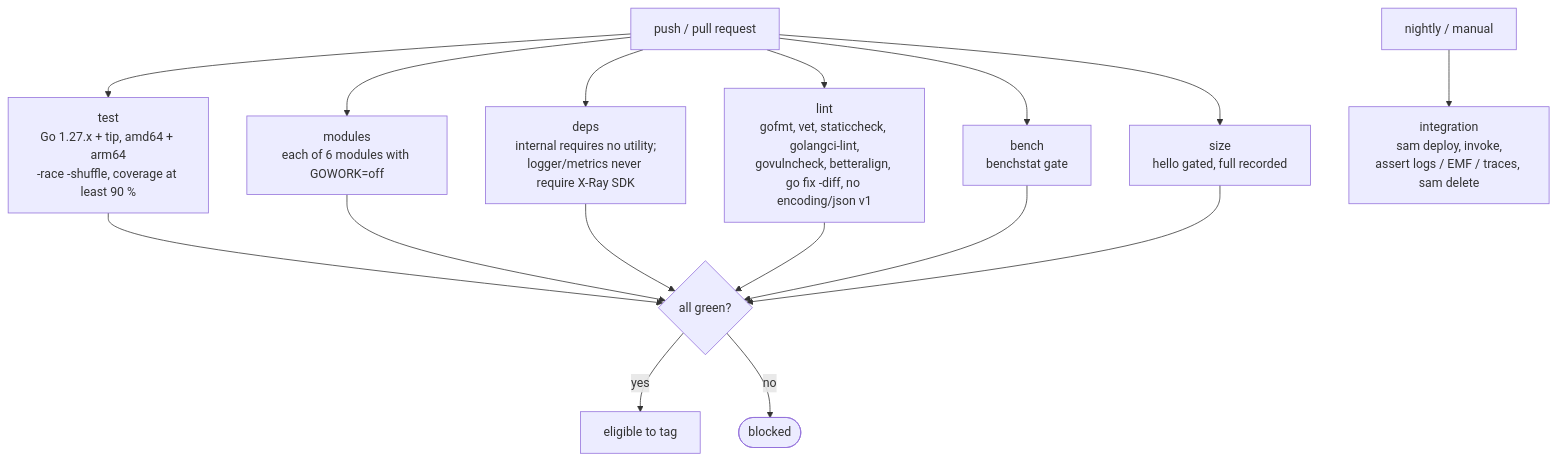
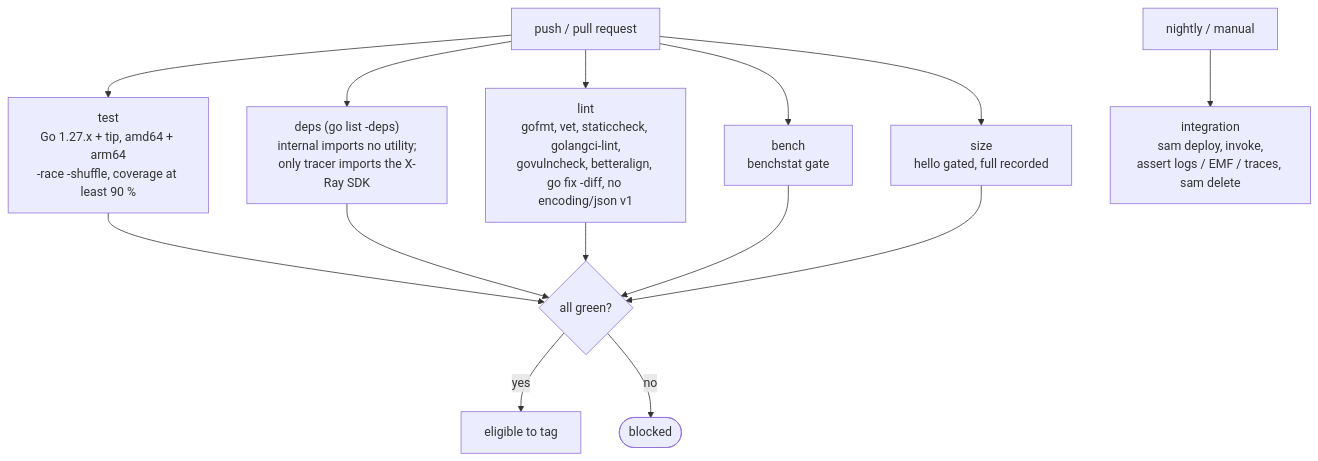
The first of 2 diagrams in 06-testing-and-ci.md (christiangda/powertools-lambda-go-plan), drawn with Mermaid before and after one commit. The commit also changed other lines of this file and 9 other files, not shown here.

````diff
--- a/06-testing-and-ci.md
+++ b/06-testing-and-ci.md
@@ -74,13 +74,12 @@
 ```mermaid
 flowchart TB
   push["push / pull request"] --> test["test<br/>Go 1.27.x + tip, amd64 + arm64<br/>-race -shuffle, coverage at least 90 %"]
-  push --> modules["modules<br/>each of 6 modules with GOWORK=off"]
-  push --> deps["deps<br/>internal requires no utility;<br/>logger/metrics never require X-Ray SDK"]
+  push --> deps["deps (go list -deps)<br/>internal imports no utility;<br/>only tracer imports the X-Ray SDK"]
   push --> lint["lint<br/>gofmt, vet, staticcheck, golangci-lint,<br/>govulncheck, betteralign, go fix -diff, no encoding/json v1"]
   push --> bench["bench<br/>benchstat gate"]
   push --> size["size<br/>hello gated, full recorded"]
   nightly["nightly / manual"] --> integ["integration<br/>sam deploy, invoke,<br/>assert logs / EMF / traces, sam delete"]
-  test & modules & deps & lint & bench & size --> merge{all green?}
+  test & deps & lint & bench & size --> merge{all green?}
   merge -- yes --> tag["eligible to tag"]
   merge -- no --> stop([blocked])
 ```
````
